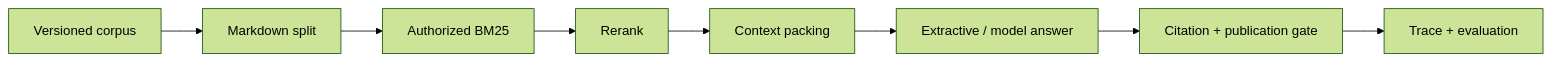
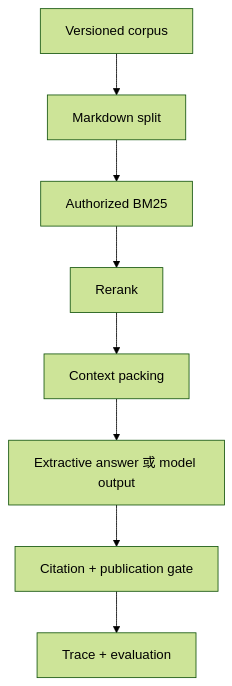
The diagram in docs/practice/projects/rag-foundations.md (NightLemon/about-llm), drawn with Mermaid (forest theme) before and after one commit. The commit also changed other lines of this file and 167 other files, not shown here.

````diff
--- a/docs/practice/projects/rag-foundations.md
+++ b/docs/practice/projects/rag-foundations.md
@@ -20,10 +20,10 @@
 ```mermaid
-flowchart LR
+flowchart TD
   C["Versioned corpus"] --> I["Markdown split"]
   I --> R["Authorized BM25"]
   R --> K["Rerank"]
   K --> P["Context packing"]
-  P --> A["Extractive / model answer"]
+  P --> A["Extractive answer 或 model output"]
   A --> G["Citation + publication gate"]
   G --> E["Trace + evaluation"]
 ```
````
